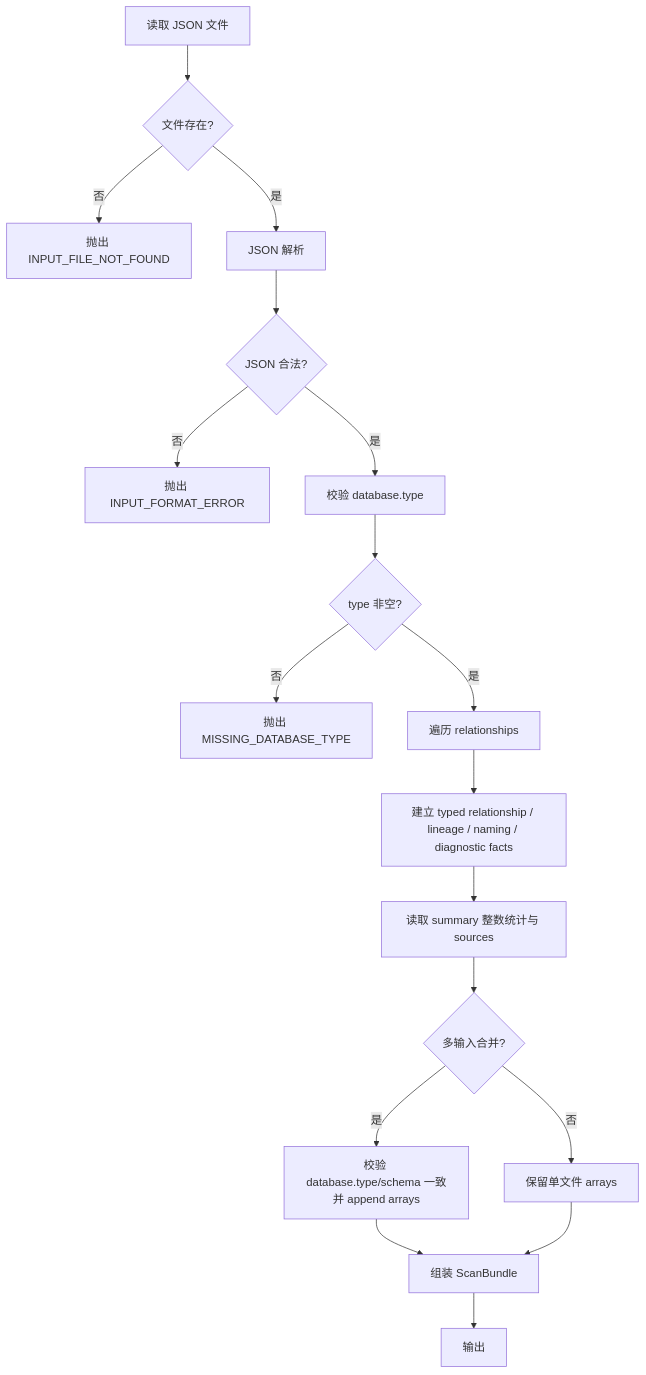
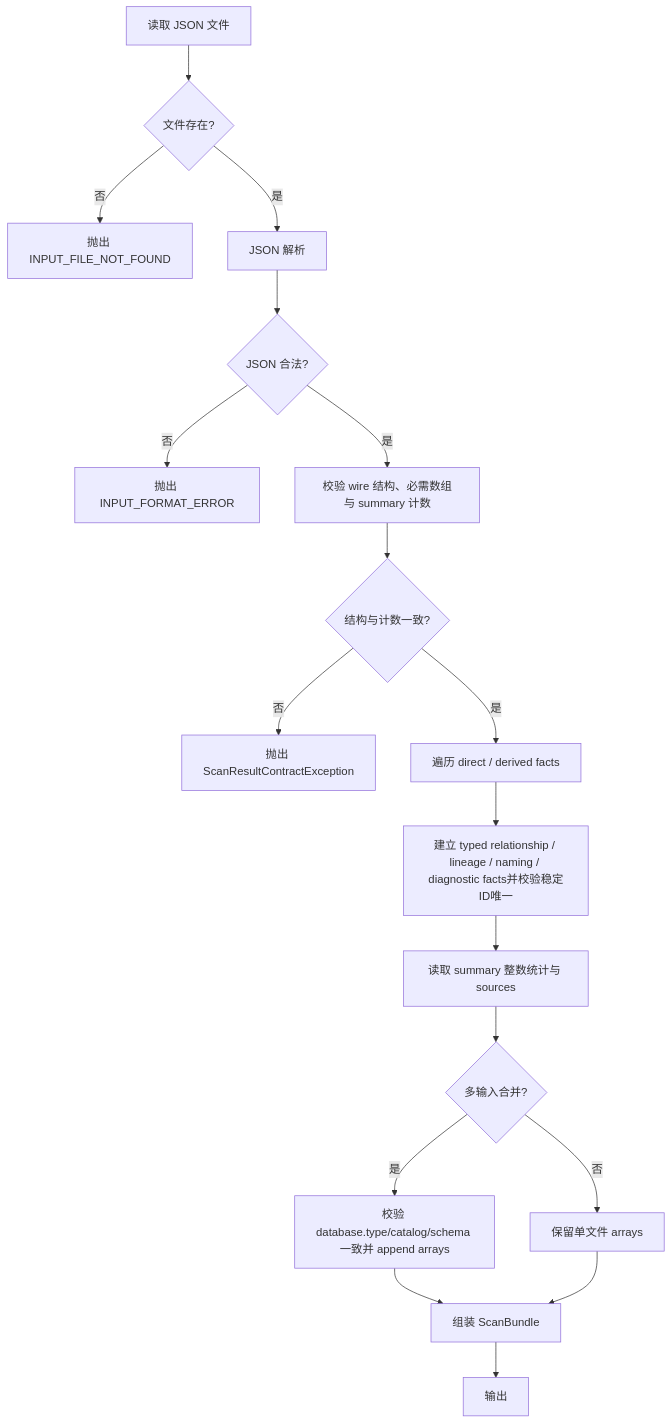
The first of 4 diagrams in docs/design/semantic-layer/01-scan-result-reader.md (xiaoguang/relation-detector), drawn with Mermaid before and after one commit. The commit also changed other lines of this file and 50 other files, not shown here.

````diff
--- a/docs/design/semantic-layer/01-scan-result-reader.md
+++ b/docs/design/semantic-layer/01-scan-result-reader.md
@@ -150,20 +152,20 @@
 ```mermaid
 flowchart TD
     A[读取 JSON 文件] --> B{文件存在?}
     B -- 否 --> E1[抛出 INPUT_FILE_NOT_FOUND]
     B -- 是 --> C[JSON 解析]
     C --> D{JSON 合法?}
     D -- 否 --> E2[抛出 INPUT_FORMAT_ERROR]
-    D -- 是 --> F[校验 database.type]
-    F --> G{type 非空?}
-    G -- 否 --> E3[抛出 MISSING_DATABASE_TYPE]
-    G -- 是 --> H[遍历 relationships]
-    H --> I[建立 typed relationship / lineage / naming / diagnostic facts]
+    D -- 是 --> F[校验 wire 结构、必需数组与 summary 计数]
+    F --> G{结构与计数一致?}
+    G -- 否 --> E3[抛出 ScanResultContractException]
+    G -- 是 --> H[遍历 direct / derived facts]
+    H --> I[建立 typed relationship / lineage / naming / diagnostic facts并校验稳定ID唯一]
     I --> J[读取 summary 整数统计与 sources]
     J --> K{多输入合并?}
-    K -- 是 --> L[校验 database.type/schema 一致并 append arrays]
+    K -- 是 --> L[校验 database.type/catalog/schema 一致并 append arrays]
     K -- 否 --> M[保留单文件 arrays]
     L --> N[组装 ScanBundle]
     M --> N
     N --> O[输出]
 ```
````
